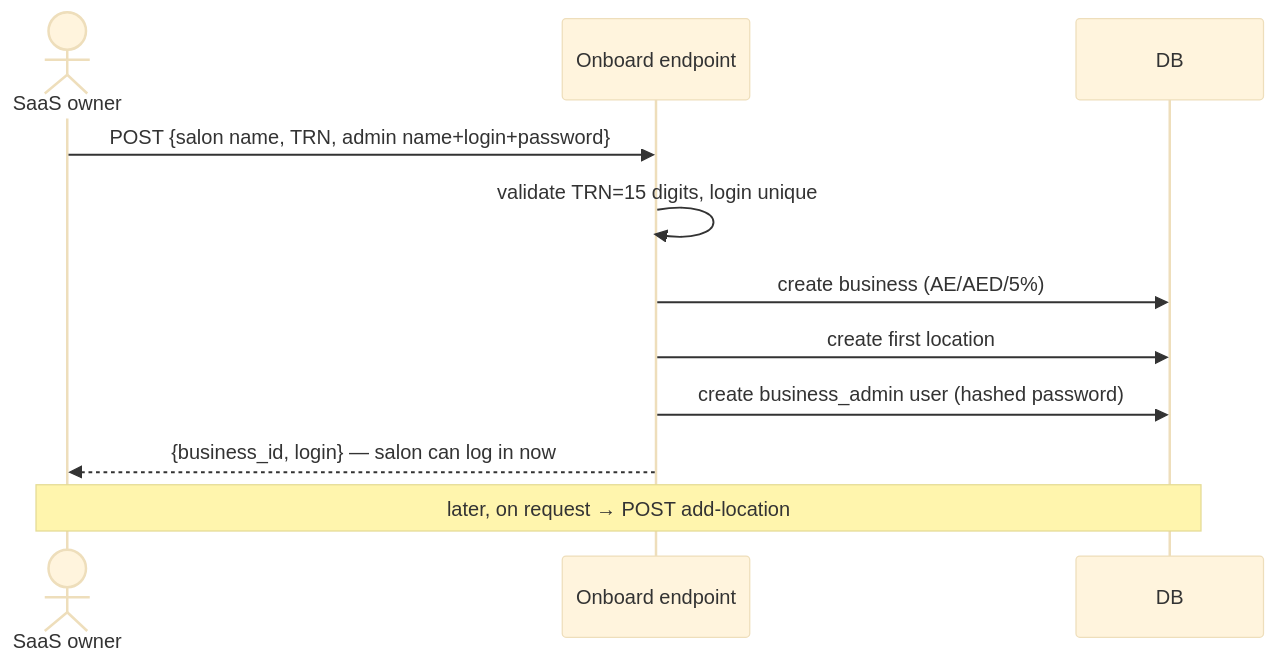
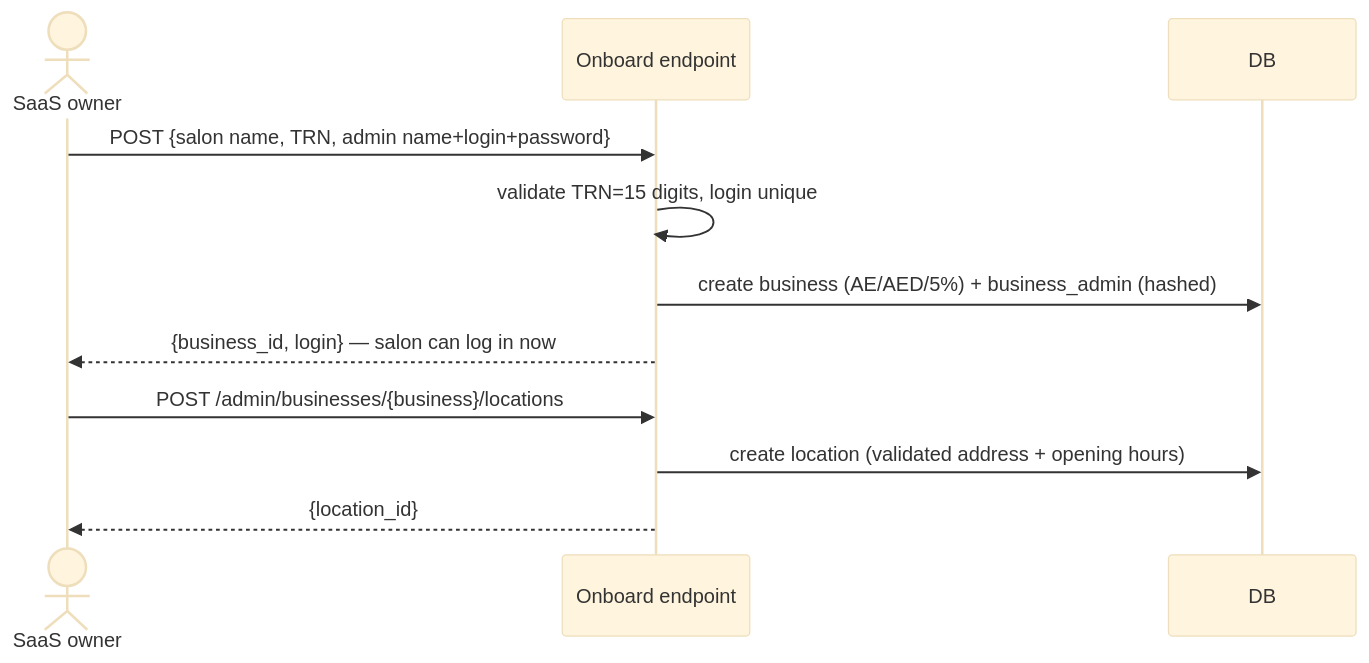
The second of 7 diagrams in docs/product-spec.md (pallimalilsuhail/saloonify), drawn with Mermaid (base theme) before and after one commit. The commit also changed other lines of this file and 39 other files, not shown here.

````diff
--- a/docs/product-spec.md
+++ b/docs/product-spec.md
@@ -72,13 +72,13 @@
 ```mermaid
 sequenceDiagram
     actor SO as SaaS owner
     participant API as Onboard endpoint
     participant DB as DB
     SO->>API: POST {salon name, TRN, admin name+login+password}
     API->>API: validate TRN=15 digits, login unique
-    API->>DB: create business (AE/AED/5%)
-    API->>DB: create first location
-    API->>DB: create business_admin user (hashed password)
+    API->>DB: create business (AE/AED/5%) + business_admin (hashed)
     API-->>SO: {business_id, login} — salon can log in now
-    Note over SO,DB: later, on request → POST add-location
+    SO->>API: POST /admin/businesses/{business}/locations
+    API->>DB: create location (validated address + opening hours)
+    API-->>SO: {location_id}
 ```
````
